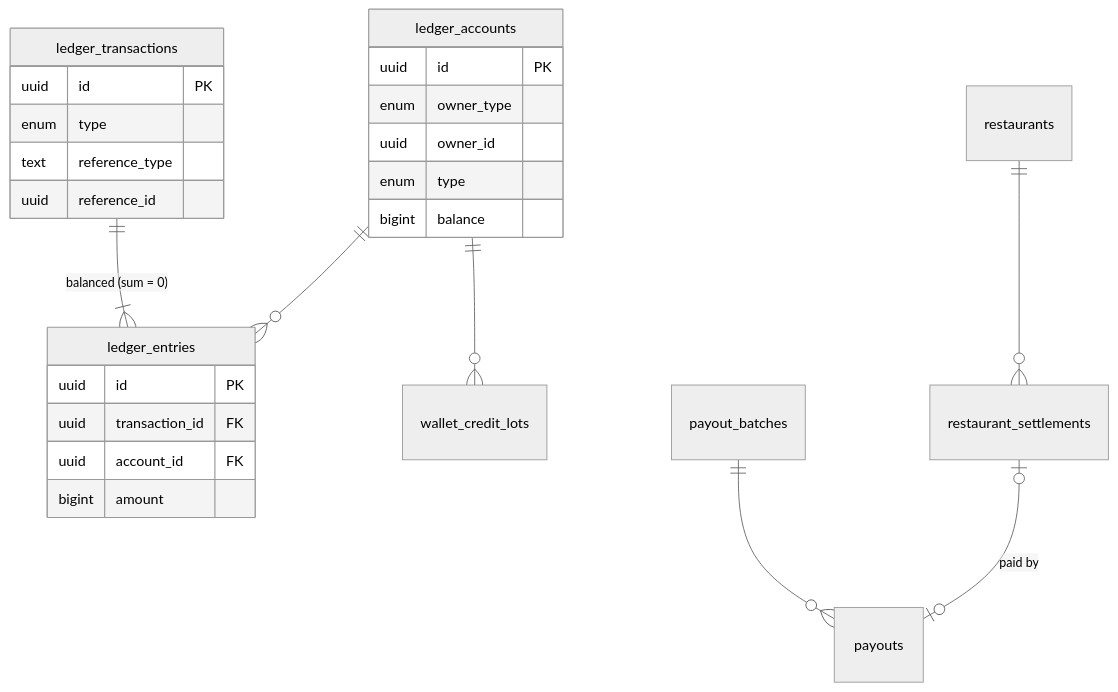
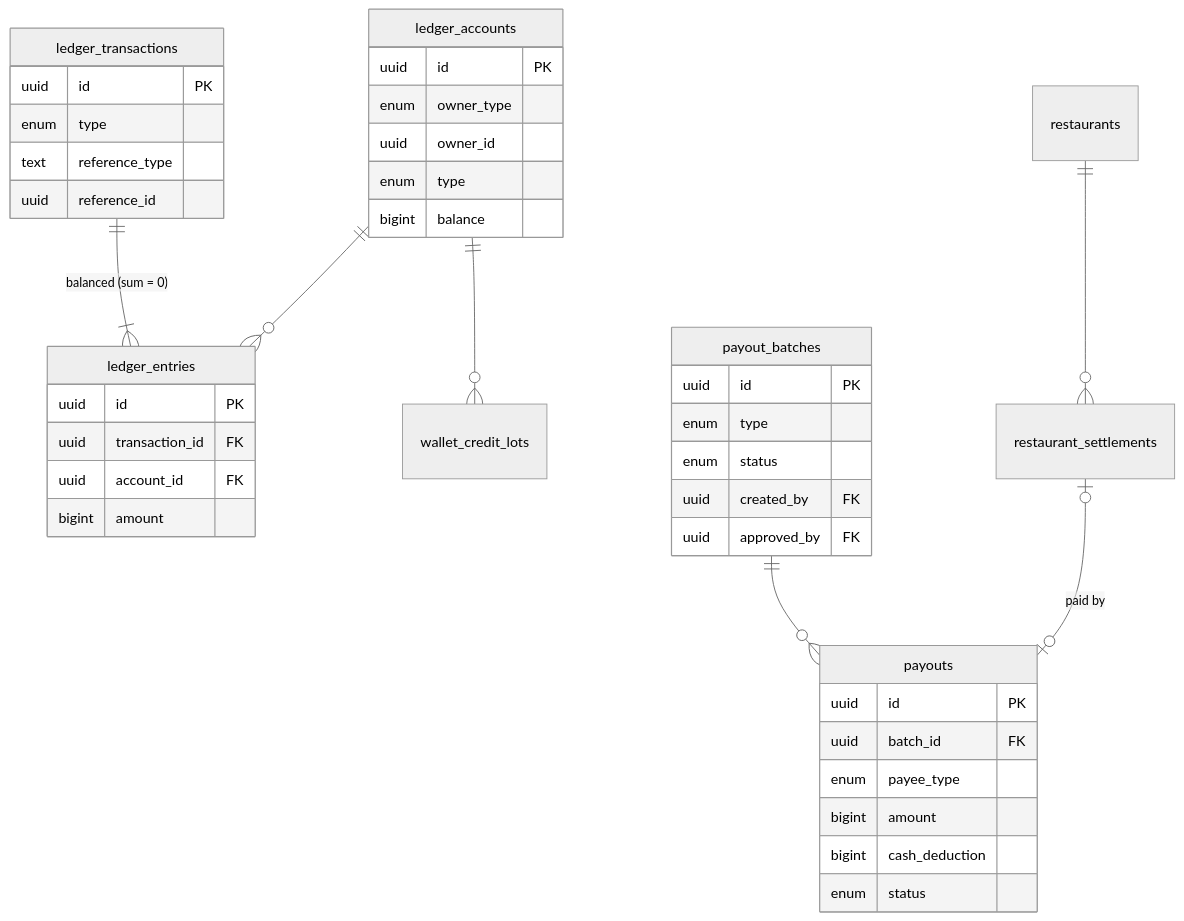
Before and after one commit to shaswat-shrey/FoodOrderingSystem: the seventh of 8 diagrams in docs/database/ERD.md, drawn with Mermaid (neutral theme). The commit also changed other lines of this file and 20 other files, not shown here.

Commit message:
docs: demo guide, known limitations, future roadmap; Phase 14 status (SRS v0.11.2)

````diff
--- a/docs/database/ERD.md
+++ b/docs/database/ERD.md
@@ -287,28 +307,43 @@
 ```mermaid
 erDiagram
   ledger_transactions ||--|{ ledger_entries : "balanced (sum = 0)"
   ledger_accounts ||--o{ ledger_entries : ""
   ledger_accounts ||--o{ wallet_credit_lots : ""
   restaurants ||--o{ restaurant_settlements : ""
   payout_batches ||--o{ payouts : ""
   restaurant_settlements |o--o| payouts : "paid by"
   ledger_accounts {
     uuid id PK
     enum owner_type
     uuid owner_id
     enum type
     bigint balance
   }
   ledger_transactions {
     uuid id PK
     enum type
     text reference_type
     uuid reference_id
   }
   ledger_entries {
     uuid id PK
     uuid transaction_id FK
     uuid account_id FK
     bigint amount
   }
+  payout_batches {
+    uuid id PK
+    enum type
+    enum status
+    uuid created_by FK
+    uuid approved_by FK
+  }
+  payouts {
+    uuid id PK
+    uuid batch_id FK
+    enum payee_type
+    bigint amount
+    bigint cash_deduction
+    enum status
+  }
 ```
````
